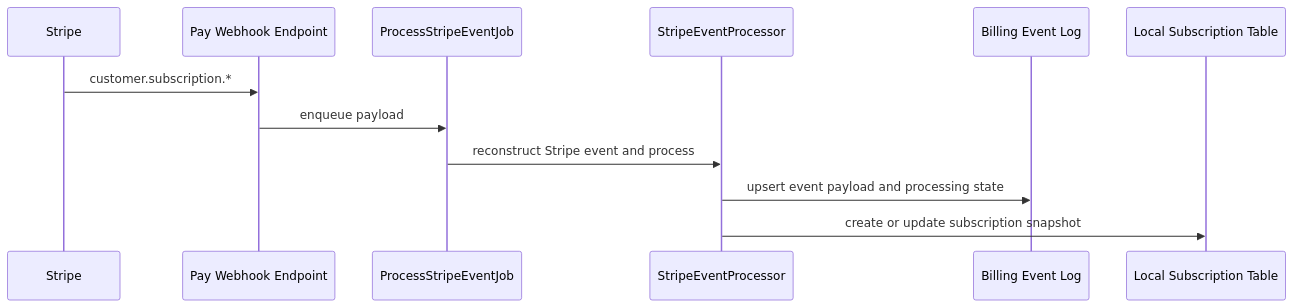
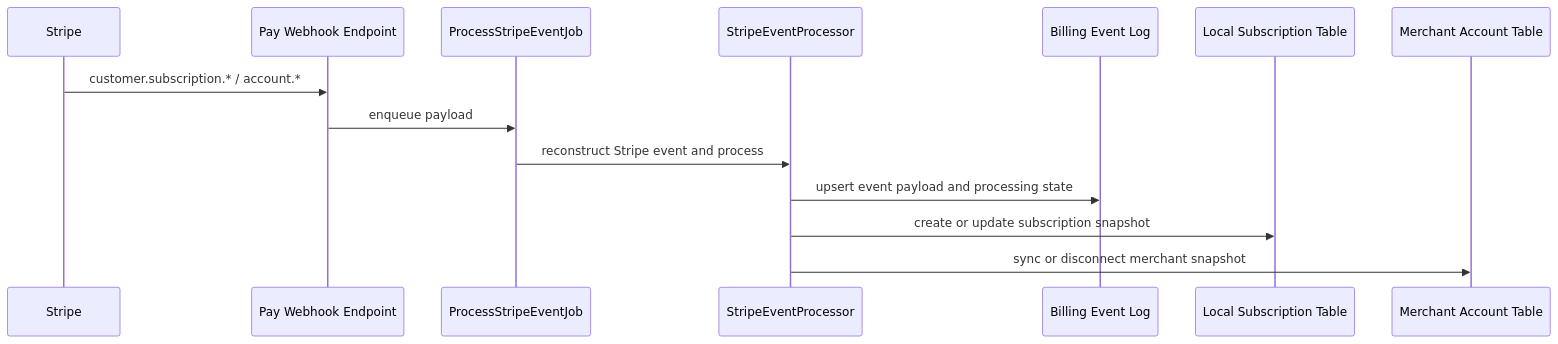
One commit to better-together-org/community-engine-rails changed the diagram in docs/payments-stripe-webhook-operations.md. Above: the diagram before and after it, drawn with Mermaid. The commit also changed other lines of this file and 71 other files, not shown here.

````diff
--- a/docs/payments-stripe-webhook-operations.md
+++ b/docs/payments-stripe-webhook-operations.md
@@ -7,15 +7,17 @@
 ```mermaid
 sequenceDiagram
   participant Stripe
   participant Pay as Pay Webhook Endpoint
   participant Job as ProcessStripeEventJob
   participant Processor as StripeEventProcessor
   participant EventLog as Billing Event Log
   participant Subs as Local Subscription Table
+  participant Merchants as Merchant Account Table
 
-  Stripe->>Pay: customer.subscription.*
+  Stripe->>Pay: customer.subscription.* / account.*
   Pay->>Job: enqueue payload
   Job->>Processor: reconstruct Stripe event and process
   Processor->>EventLog: upsert event payload and processing state
   Processor->>Subs: create or update subscription snapshot
+  Processor->>Merchants: sync or disconnect merchant snapshot
 ```
````
